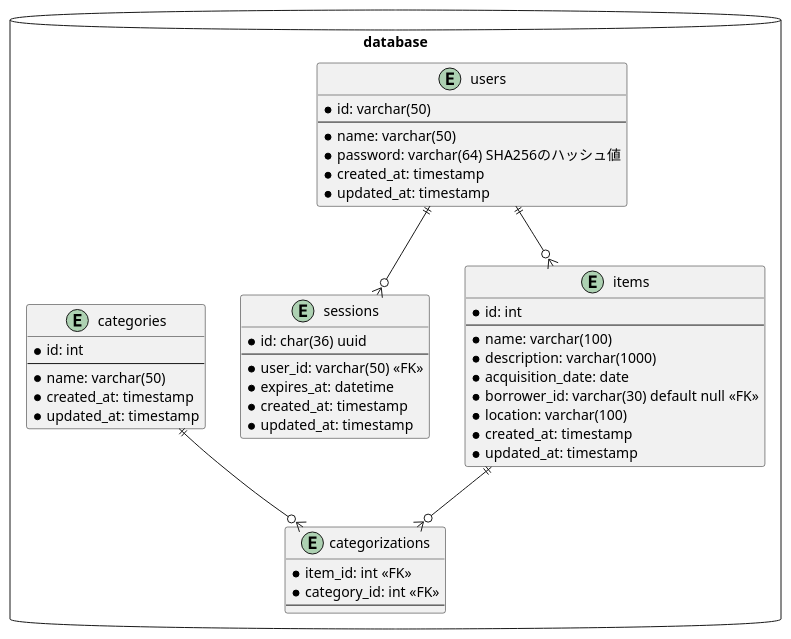
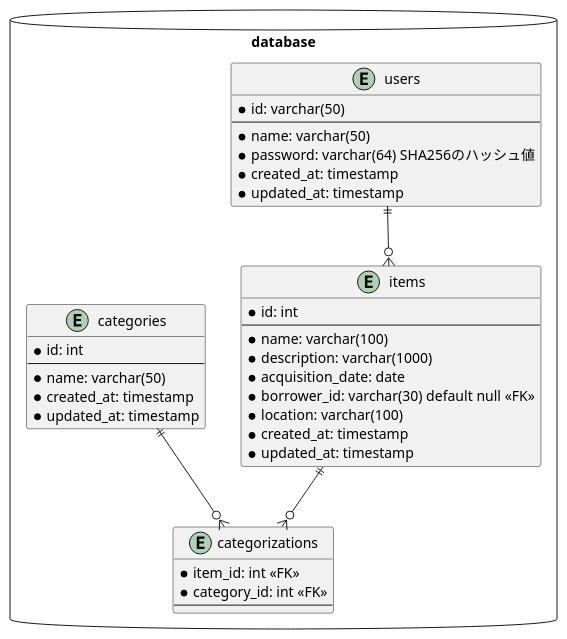
The diagram in docs/erd/erd.puml (kyosu-1/gms), drawn with PlantUML before and after one commit. The commit also changed 1 other file, not shown here.

```diff
--- a/docs/erd/erd.puml
+++ b/docs/erd/erd.puml
@@ -1,55 +1,45 @@
 @startuml タスク管理アプリ
 
 package database <<Database>> {
     entity "users" as users {
         * id: varchar(50)
         --
         * name: varchar(50)
         * password: varchar(64) SHA256のハッシュ値
-        * created_at: timestamp
-        * updated_at: timestamp
-    }
-
-    entity "sessions" as sessions{
-        * id: char(36) uuid
-        --
-        * user_id: varchar(50) <<FK>>
-        * expires_at: datetime
         * created_at: timestamp
         * updated_at: timestamp
     }
 
     entity "categories" as categories {
         * id: int
         --
         * name: varchar(50)
         * created_at: timestamp
         * updated_at: timestamp
     }
 
     entity "items" as items {
         * id: int
         --
         * name: varchar(100)
         * description: varchar(1000)
         * acquisition_date: date
         * borrower_id: varchar(30) default null <<FK>>
         * location: varchar(100)
         * created_at: timestamp
         * updated_at: timestamp
     }
 
     entity "categorizations" as categorizations {
         * item_id: int <<FK>>
         * category_id: int <<FK>>
         --
     }
 }
 
 ' relationships
-users ||--o{ sessions
 categories ||--o{ categorizations
 items ||--o{ categorizations
 users ||--o{ items
 
 @enduml
```
